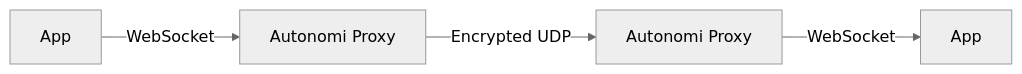
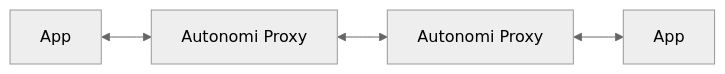
The diagram in README.md (rid-dim/friends), drawn with Mermaid (neutral theme) before and after one commit.

Commit message:
fix readme mermaid diagramm

````diff
--- a/README.md
+++ b/README.md
@@ -16,6 +16,6 @@
 ```mermaid
 graph LR
-    A[App] -- WebSocket --> B[Autonomi Proxy]
-    B -- Encrypted UDP --> C[Autonomi Proxy]
-    C -- WebSocket --> D[App]
+    A[App] <--> B[Autonomi Proxy]
+    B <--> C[Autonomi Proxy]
+    C <--> D[App]
 ```
````
